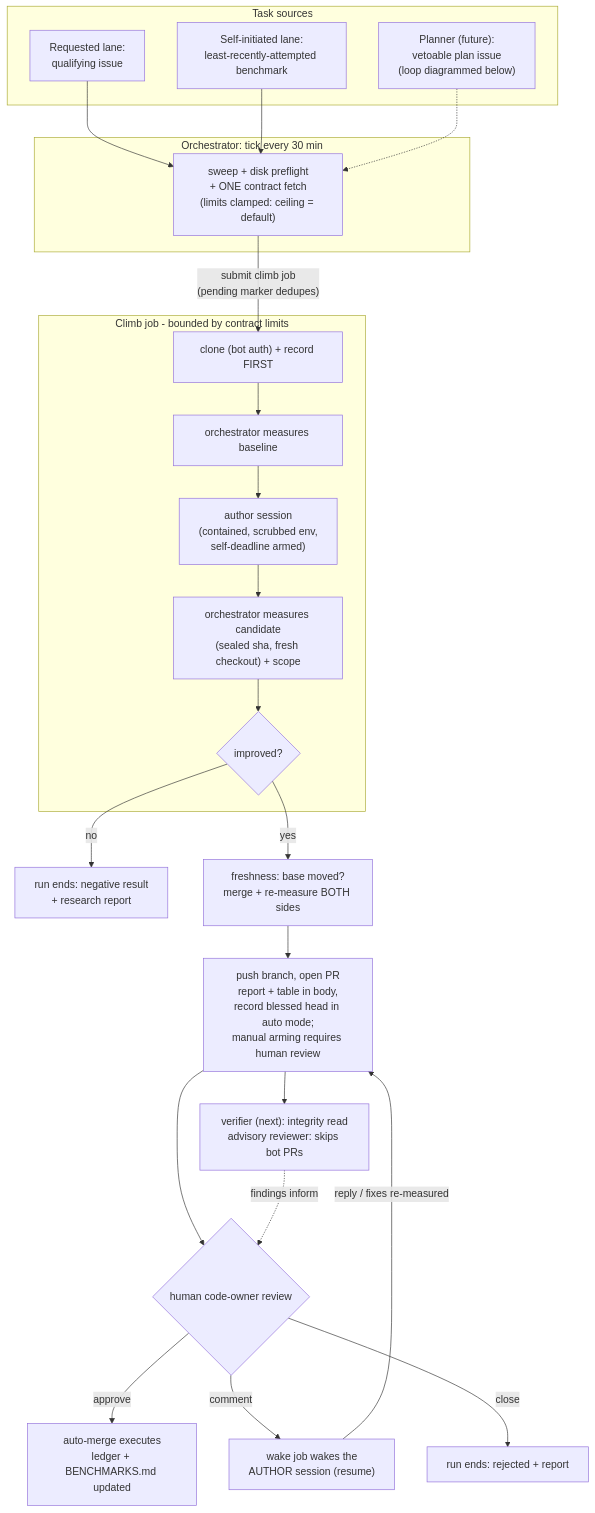
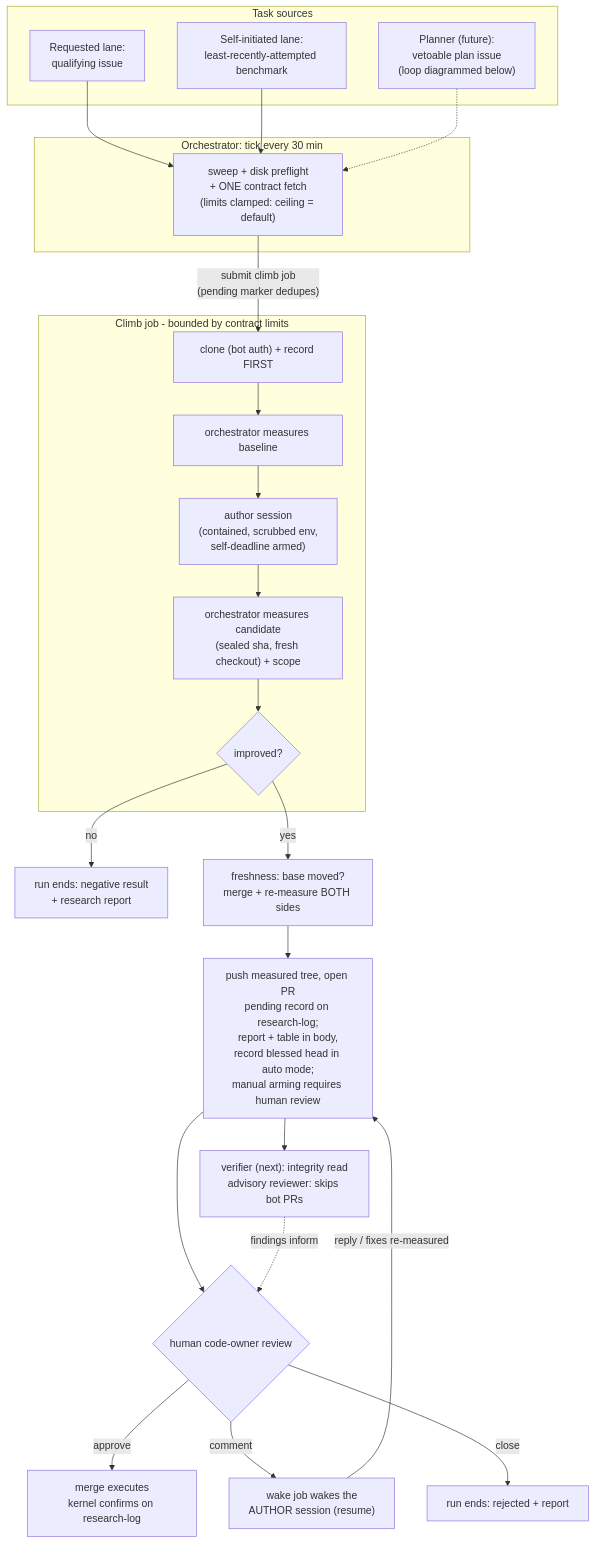
One commit to outerloop-science/outerloop changed the first of 4 diagrams in docs/design/roles.md. Above: the diagram before and after it, drawn with Mermaid. The commit also changed other lines of this file and 25 other files, not shown here.

First line of the commit message:
Readers, prompts, docs and a migration command for the branch ledger

````diff
--- a/docs/design/roles.md
+++ b/docs/design/roles.md
@@ -39,37 +39,37 @@
 ```mermaid
 flowchart TD
     subgraph sources [Task sources]
         I["Requested lane:<br/>qualifying issue"]
         S["Self-initiated lane:<br/>least-recently-attempted benchmark"]
         P["Planner (future):<br/>vetoable plan issue<br/>(loop diagrammed below)"]
     end
 
     subgraph tick [Orchestrator: tick every 30 min]
         T["sweep + disk preflight<br/>+ ONE contract fetch<br/>(limits clamped: ceiling = default)"]
     end
 
     I --> T
     S --> T
     P -.-> T
 
     subgraph climb [Climb job - bounded by contract limits]
         C["clone (bot auth) + record FIRST"] --> B["orchestrator measures baseline"]
         B --> A["author session<br/>(contained, scrubbed env,<br/>self-deadline armed)"]
         A --> E["orchestrator measures candidate<br/>(sealed sha, fresh checkout) + scope"]
         E --> F{improved?}
     end
 
     T -->|"submit climb job<br/>(pending marker dedupes)"| C
 
     F -->|no| R0["run ends: negative result<br/>+ research report"]
     F -->|yes| G["freshness: base moved?<br/>merge + re-measure BOTH sides"]
-    G --> PR["push branch, open PR<br/>report + table in body,<br/>record blessed head in auto mode;<br/>manual arming requires human review"]
+    G --> PR["push measured tree, open PR<br/>pending record on research-log;<br/>report + table in body,<br/>record blessed head in auto mode;<br/>manual arming requires human review"]
 
     PR --> V["verifier (next): integrity read<br/>advisory reviewer: skips bot PRs"]
     PR --> H{human code-owner review}
     V -.->|findings inform| H
-    H -->|approve| M["auto-merge executes<br/>ledger + BENCHMARKS.md updated"]
+    H -->|approve| M["merge executes<br/>kernel confirms on research-log"]
     H -->|comment| W["wake job wakes the<br/>AUTHOR session (resume)"]
     W -->|reply / fixes re-measured| PR
     H -->|close| R1["run ends: rejected + report"]
 ```
````
